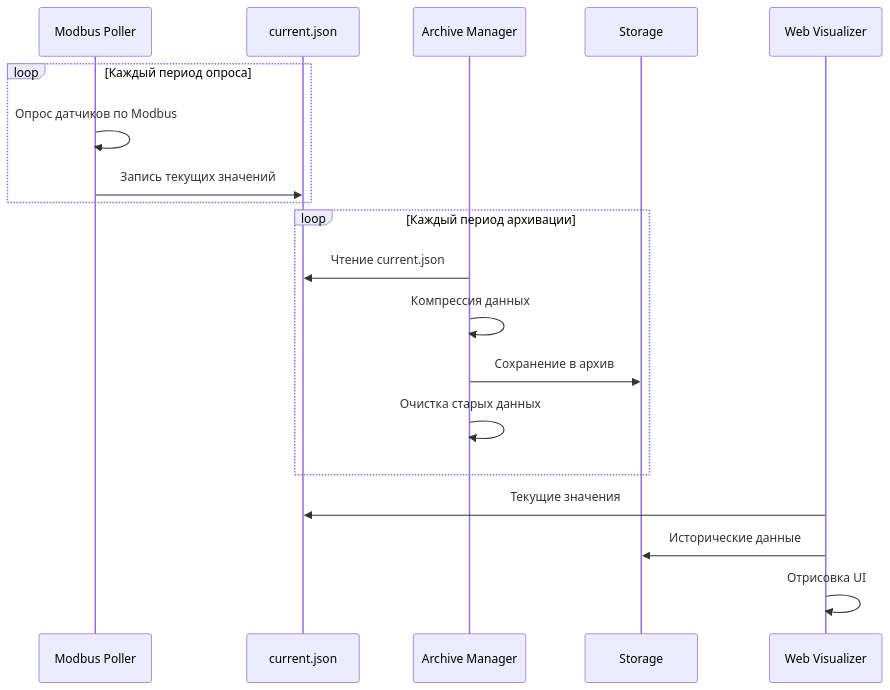
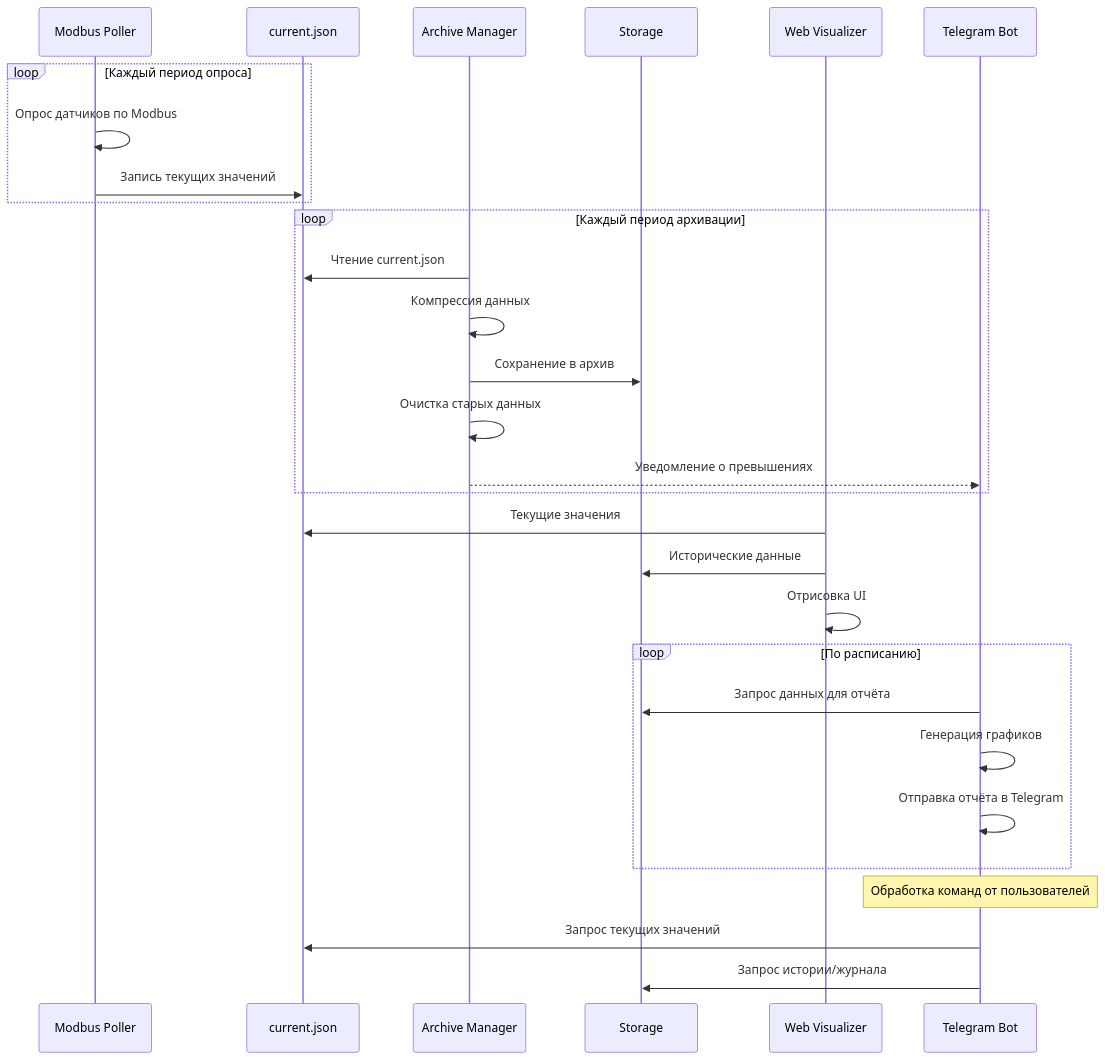
The second of 3 diagrams in Общее ТЗ на систему КВТ С.md (goreliy/KVT-C), drawn with Mermaid before and after one commit. The commit also changed other lines of this file and 44 other files, not shown here.

````diff
--- a/Общее ТЗ на систему КВТ С.md
+++ b/Общее ТЗ на систему КВТ С.md
@@ -97,24 +119,36 @@
 ```mermaid
 sequenceDiagram
     participant P as Modbus Poller
     participant F as current.json
     participant A as Archive Manager
     participant DB as Storage
     participant V as Web Visualizer
+    participant T as Telegram Bot
     
     loop Каждый период опроса
         P->>P: Опрос датчиков по Modbus
         P->>F: Запись текущих значений
     end
     
     loop Каждый период архивации
         A->>F: Чтение current.json
         A->>A: Компрессия данных
         A->>DB: Сохранение в архив
         A->>A: Очистка старых данных
+        A-->>T: Уведомление о превышениях
     end
     
     V->>F: Текущие значения
     V->>DB: Исторические данные
     V->>V: Отрисовка UI
+    
+    loop По расписанию
+        T->>DB: Запрос данных для отчёта
+        T->>T: Генерация графиков
+        T->>T: Отправка отчёта в Telegram
+    end
+    
+    Note over T: Обработка команд от пользователей
+    T->>F: Запрос текущих значений
+    T->>DB: Запрос истории/журнала
 ```
````
